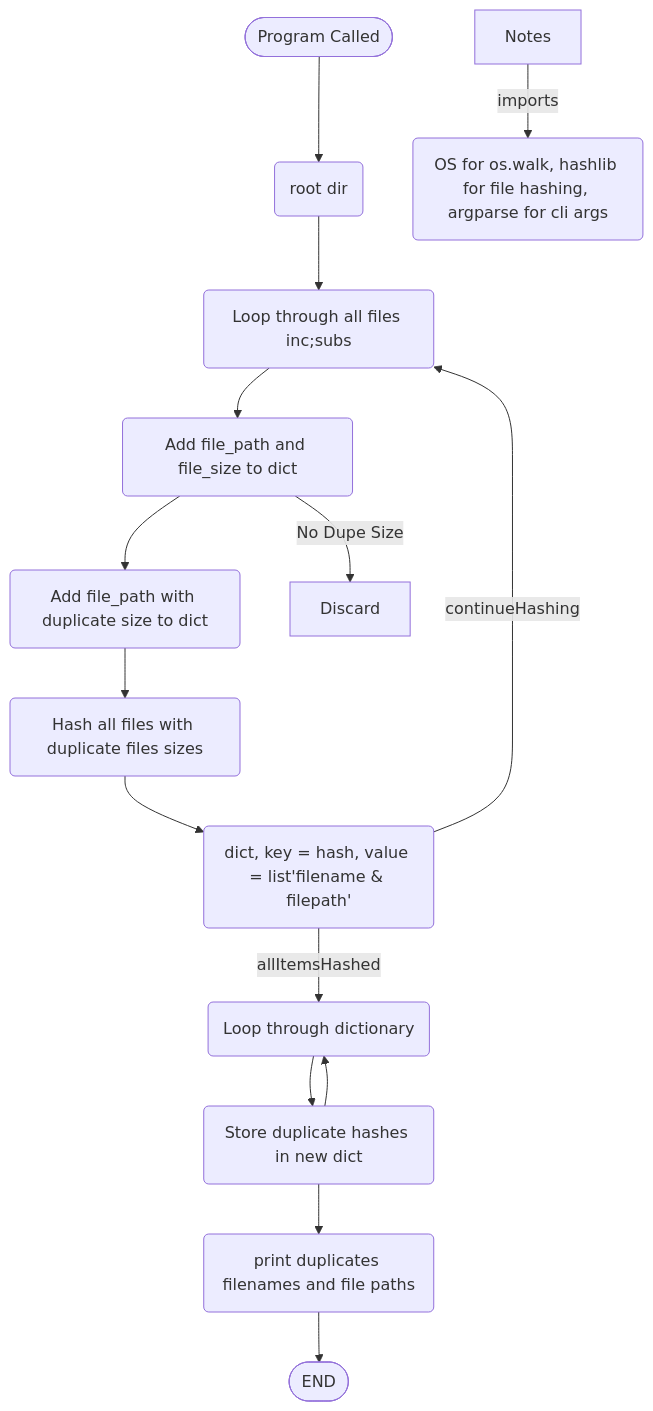
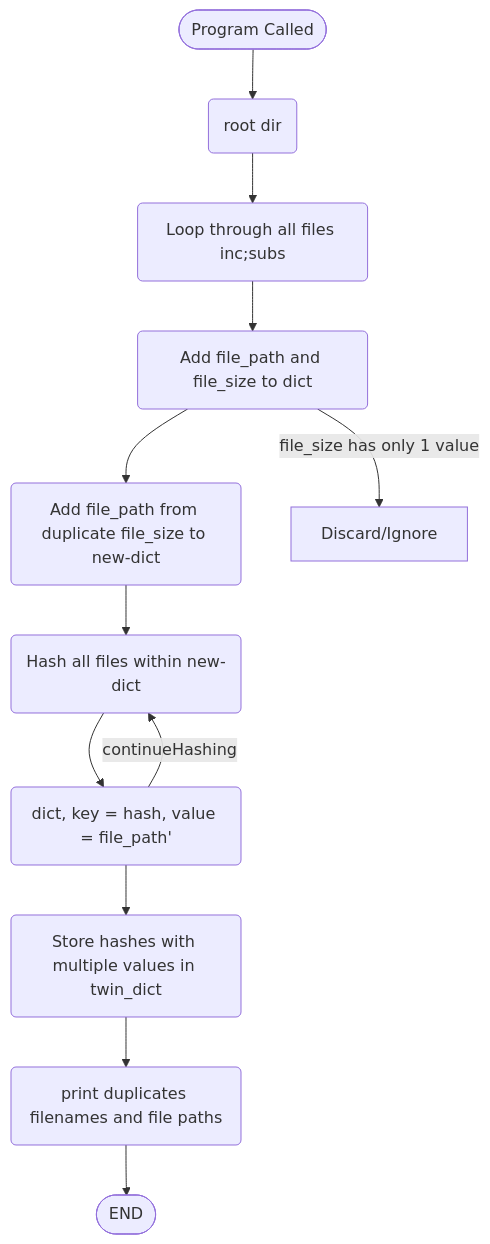
The diagram in README.md (Terranovian/Twin_Duplicity_Detector), drawn with Mermaid before and after one commit. The commit also changed 1 other file, not shown here.

Commit message:
Improved Flowchart & Commenced Coding
Flowchart was improved after receiving feedback.
Started coding within file_hunter function.
Iterating over files, root directory and down,
Storing and comparing files based on size,
removing items from twins_dict with only 1 value,

Next Steps: iterating over remaining twins_dict items and hashing files for further comparison.

````diff
--- a/README.md
+++ b/README.md
@@ -20,19 +20,14 @@
 ```mermaid
 flowchart TD
     start([Program Called]) --> args(root dir)
     args --> dirLoop(Loop through all files inc;subs)
     dirLoop --> file(Add file_path and file_size to dict)
-    file --> dupeSize(Add file_path with duplicate size to dict)
-    dupeSize --> hash(Hash all files with duplicate files sizes)
-    file -- No Dupe Size --> Discard
-    
-    hash --> store(dict, key = hash, value = list'filename & filepath')
-    store -- continueHashing --> dirLoop
-    store -- allItemsHashed --> dictLoop(Loop through dictionary)
-    dictLoop --> dupHash(Store duplicate hashes in new dict)
-    dupHash --> dictLoop
+    file --> dupeSize(Add file_path from duplicate file_size to new-dict)
+    dupeSize --> hash(Hash all files within new-dict)
+    file -- file_size has only 1 value --> Discard/Ignore
+    hash --> store(dict, key = hash, value = file_path')
+    store -- continueHashing --> hash
+    store --> dupHash(Store hashes with multiple values in twin_dict)
     dupHash --> print(print duplicates filenames and file paths)
     print --> fin([END])
-
-    Notes -- imports --> imports(OS for os.walk, hashlib for file hashing, argparse for cli args)
 ```
````
